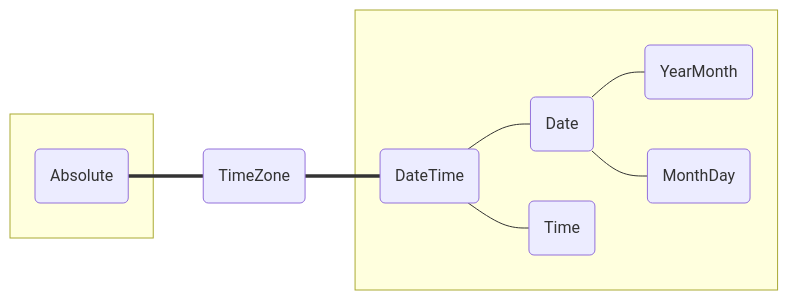
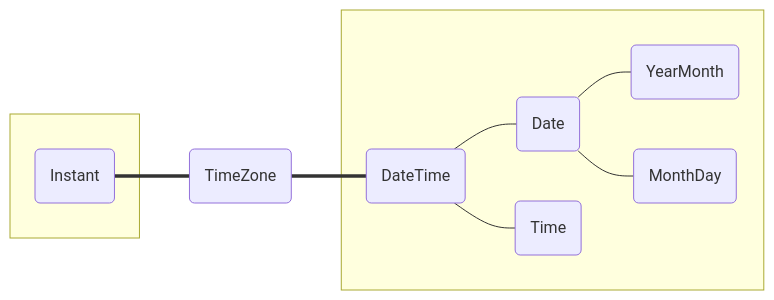
One commit to tc39/proposal-temporal changed the diagram in docs/README.md. Above: the diagram before and after it, drawn with Mermaid. The commit also changed other lines of this file and 315 other files, not shown here.

Commit message:
Rename Temporal.Absolute to Temporal.Instant

```diff
--- a/docs/README.md
+++ b/docs/README.md
@@ -137,20 +137,20 @@
 <div class="mermaid">
 graph LR;
   timezone(TimeZone);
   subgraph " ";
-    absolute(Absolute);
+    instant(Instant);
   end;
   subgraph " ";
     datetime(DateTime);
       date(Date);
         yearmonth(YearMonth);
         monthday(MonthDay);
       time(Time);
     datetime --- date;
     datetime --- time;
     date --- yearmonth;
     date --- monthday;
   end;
-  absolute === timezone;
+  instant === timezone;
   timezone === datetime;
 </div>
```
